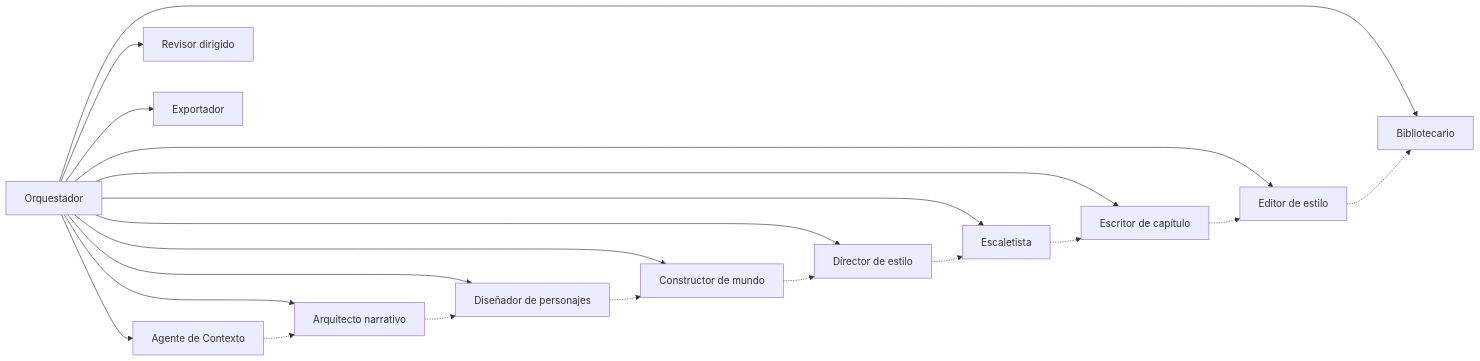
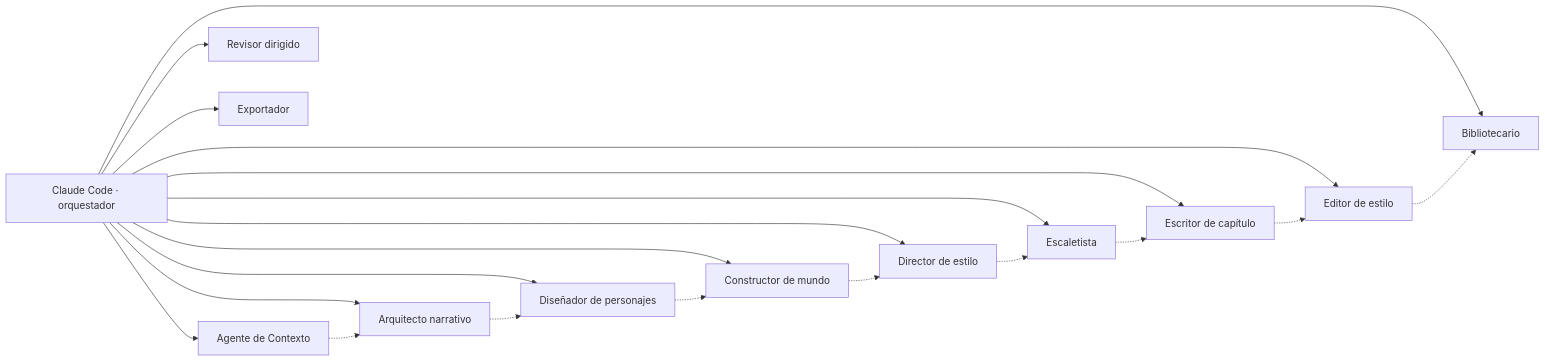
One commit to Asieribarz/my-story-marker changed the third of 8 diagrams in docs/architecture.md. Above: the diagram before and after it, drawn with Mermaid. The commit also changed other lines of this file and 10 other files, not shown here.

````diff
--- a/docs/architecture.md
+++ b/docs/architecture.md
@@ -85,23 +89,23 @@
 ```mermaid
 flowchart LR
-  ORQ["Orquestador"]
+  ORQ["Claude Code · orquestador"]
   ORQ --> CTX["Agente de Contexto"]
   ORQ --> ARQ["Arquitecto narrativo"]
   ORQ --> PER["Diseñador de personajes"]
   ORQ --> MUN["Constructor de mundo"]
   ORQ --> EST["Director de estilo"]
   ORQ --> ESC["Escaletista"]
   ORQ --> WRI["Escritor de capítulo"]
   ORQ --> EDI["Editor de estilo"]
   ORQ --> BIB["Bibliotecario"]
   ORQ --> REV["Revisor dirigido"]
   ORQ --> EXP["Exportador"]
   CTX -.-> ARQ
   ARQ -.-> PER
   PER -.-> MUN
   MUN -.-> EST
   EST -.-> ESC
   ESC -.-> WRI
   WRI -.-> EDI
   EDI -.-> BIB
 ```
````
